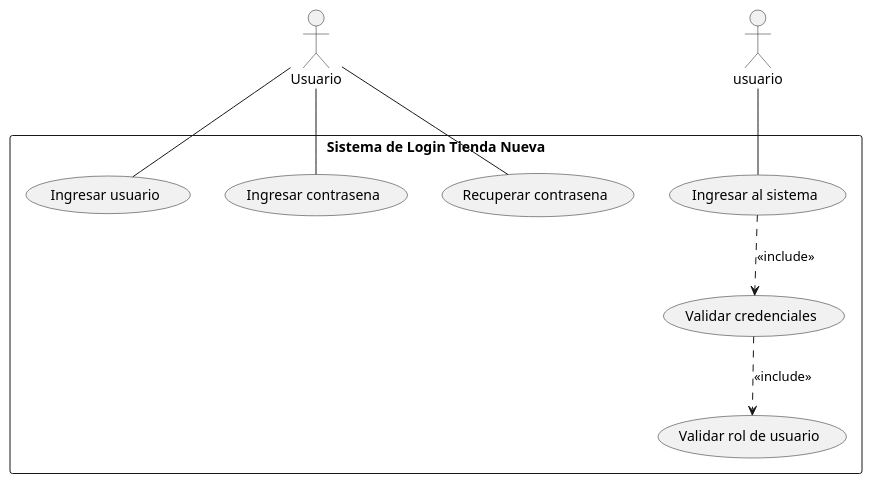
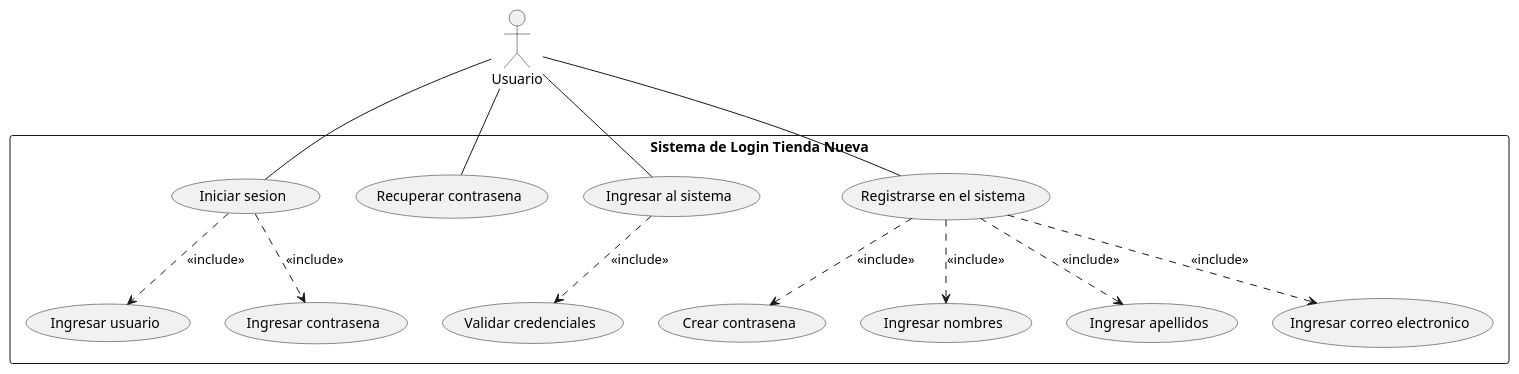
One commit to DmS0509/Casos-de-Uso changed the diagram in out/CasosDeUso/Login.puml. Above: the diagram before and after it, drawn with PlantUML. The commit also changed other lines of this file and 4 other files, not shown here.

Commit message:
Se realizan cambios a los diagramas en base a lo discutido en la primera reunion

```diff
--- a/out/CasosDeUso/Login.puml
+++ b/out/CasosDeUso/Login.puml
@@ -1,26 +1,40 @@
 @startuml LoginDelSistema
 'title Login del sistema
 
 'Definicion de actores
 actor Usuario
 
 'Definicion del sistema
 rectangle "Sistema de Login Tienda Nueva"{
 
+    usecase "Iniciar sesion" as UC_IniciarSesion
     usecase "Ingresar usuario" as UC_IngresarUsuario
     usecase "Ingresar contrasena" as UC_IngresarContrasena
     usecase "Recuperar contrasena" as UC_RecuperarContrasena
     usecase "Validar credenciales" as UC_ValidarCredenciales
-    usecase "Validar rol de usuario" as UC_ValidarRol
     usecase "Ingresar al sistema" as UC_IngresarAlSistema
+    usecase "Registrarse en el sistema" as UC_Registrarse
+
+    usecase "Ingresar nombres" as UC_IngresarNombres
+    usecase "Ingresar apellidos" as UC_IngresarApellidos
+    usecase "Ingresar correo electronico" as UC_IngresarCorreo
+    usecase "Crear contrasena" as UC_IngresarNuevaContras
 
 }
 
-Usuario -- UC_IngresarUsuario
-Usuario -- UC_IngresarContrasena
+Usuario -- UC_IniciarSesion
 Usuario -- UC_RecuperarContrasena
-usuario -- UC_IngresarAlSistema
+Usuario -- UC_IngresarAlSistema
+Usuario -- UC_Registrarse
+
+UC_IniciarSesion ..> UC_IngresarUsuario : <<include>>
+UC_IniciarSesion ..> UC_IngresarContrasena : <<include>>
 
 UC_IngresarAlSistema ..> UC_ValidarCredenciales : <<include>>
-UC_ValidarCredenciales ..> UC_ValidarRol : <<include>>
+
+UC_Registrarse ..> UC_IngresarNombres : <<include>>
+UC_Registrarse ..> UC_IngresarApellidos : <<include>>
+UC_Registrarse ..> UC_IngresarCorreo : <<include>>
+UC_Registrarse ..> UC_IngresarNuevaContras : <<include>>
+
 @enduml
```
